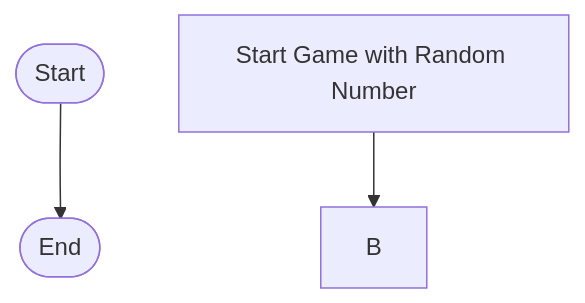
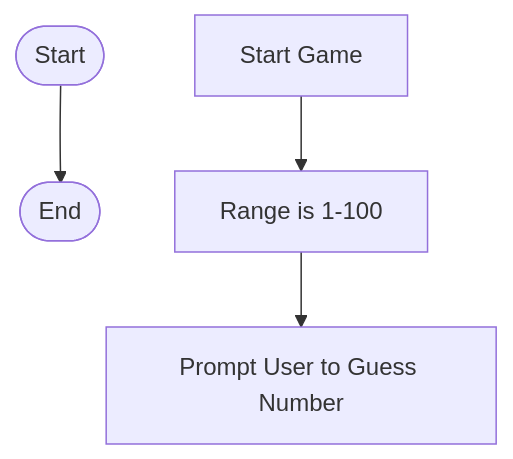
One commit to tanvirvirdi/tanvirvirdi.github.io changed the diagram in Guessing.md. Above: the diagram before and after it, drawn with Mermaid.

````diff
--- a/Guessing.md
+++ b/Guessing.md
@@ -1,5 +1,6 @@
 ```mermaid
 flowchart TD
     Start([Start])--> End([End])
-    A[Start Game with Random Number] --> B
+    A[Start Game] --> B[Range is 1-100];
+    B--> C[Prompt User to Guess Number];
 ```
````
